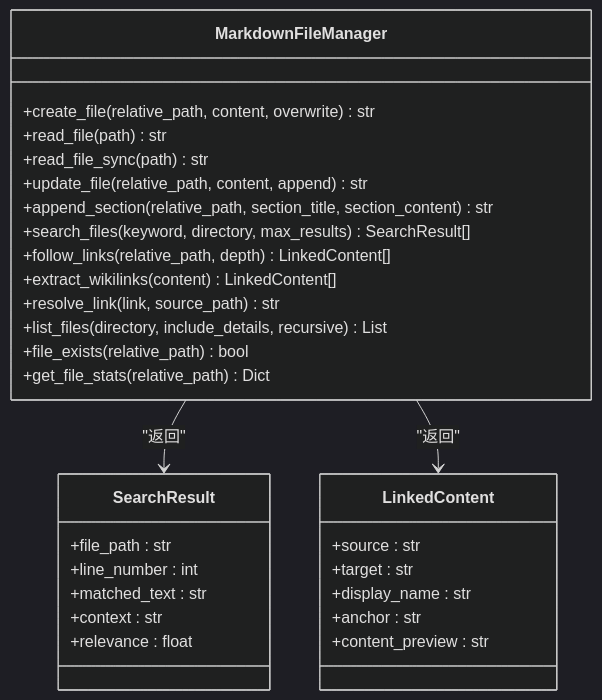
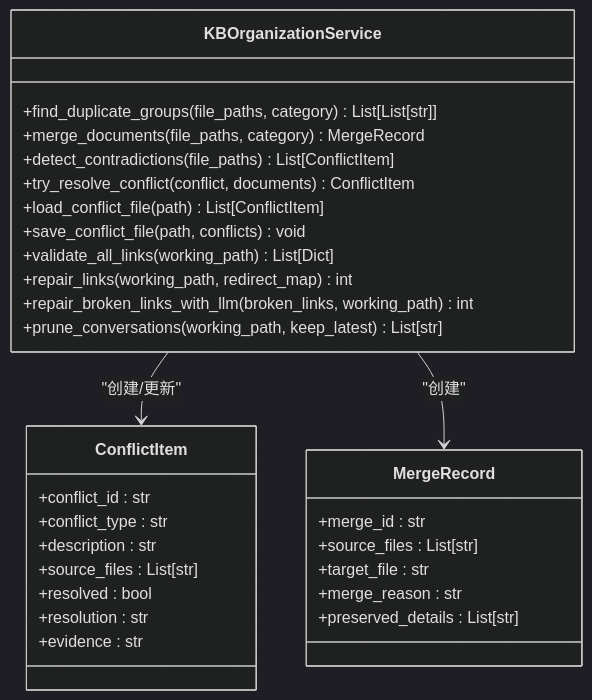
The fifth of 6 diagrams in .qoder/repowiki/zh/content/知识库系统/知识库系统.md (WangYiKai1017/zizuan), drawn with Mermaid (dark theme) before and after one commit. The commit also changed other lines of this file and 99 other files, not shown here.

````diff
--- a/.qoder/repowiki/zh/content/知识库系统/知识库系统.md
+++ b/.qoder/repowiki/zh/content/知识库系统/知识库系统.md
@@ -211,33 +303,33 @@
 ```mermaid
 classDiagram
-class MarkdownFileManager {
-+create_file(relative_path, content, overwrite) str
-+read_file(path) str
-+read_file_sync(path) str
-+update_file(relative_path, content, append) str
-+append_section(relative_path, section_title, section_content) str
-+search_files(keyword, directory, max_results) SearchResult[]
-+follow_links(relative_path, depth) LinkedContent[]
-+extract_wikilinks(content) LinkedContent[]
-+resolve_link(link, source_path) str
-+list_files(directory, include_details, recursive) List
-+file_exists(relative_path) bool
-+get_file_stats(relative_path) Dict
+class KBOrganizationService {
++find_duplicate_groups(file_paths, category) List[List[str]]
++merge_documents(file_paths, category) MergeRecord
++detect_contradictions(file_paths) List[ConflictItem]
++try_resolve_conflict(conflict, documents) ConflictItem
++load_conflict_file(path) List[ConflictItem]
++save_conflict_file(path, conflicts) void
++validate_all_links(working_path) List[Dict]
++repair_links(working_path, redirect_map) int
++repair_broken_links_with_llm(broken_links, working_path) int
++prune_conversations(working_path, keep_latest) List[str]
 }
-class SearchResult {
-+file_path : str
-+line_number : int
-+matched_text : str
-+context : str
-+relevance : float
+class ConflictItem {
++conflict_id : str
++conflict_type : str
++description : str
++source_files : List[str]
++resolved : bool
++resolution : str
++evidence : str
 }
-class LinkedContent {
-+source : str
-+target : str
-+display_name : str
-+anchor : str
-+content_preview : str
+class MergeRecord {
++merge_id : str
++source_files : List[str]
++target_file : str
++merge_reason : str
++preserved_details : List[str]
 }
-MarkdownFileManager --> SearchResult : "返回"
-MarkdownFileManager --> LinkedContent : "返回"
+KBOrganizationService --> ConflictItem : "创建/更新"
+KBOrganizationService --> MergeRecord : "创建"
 ```
````
